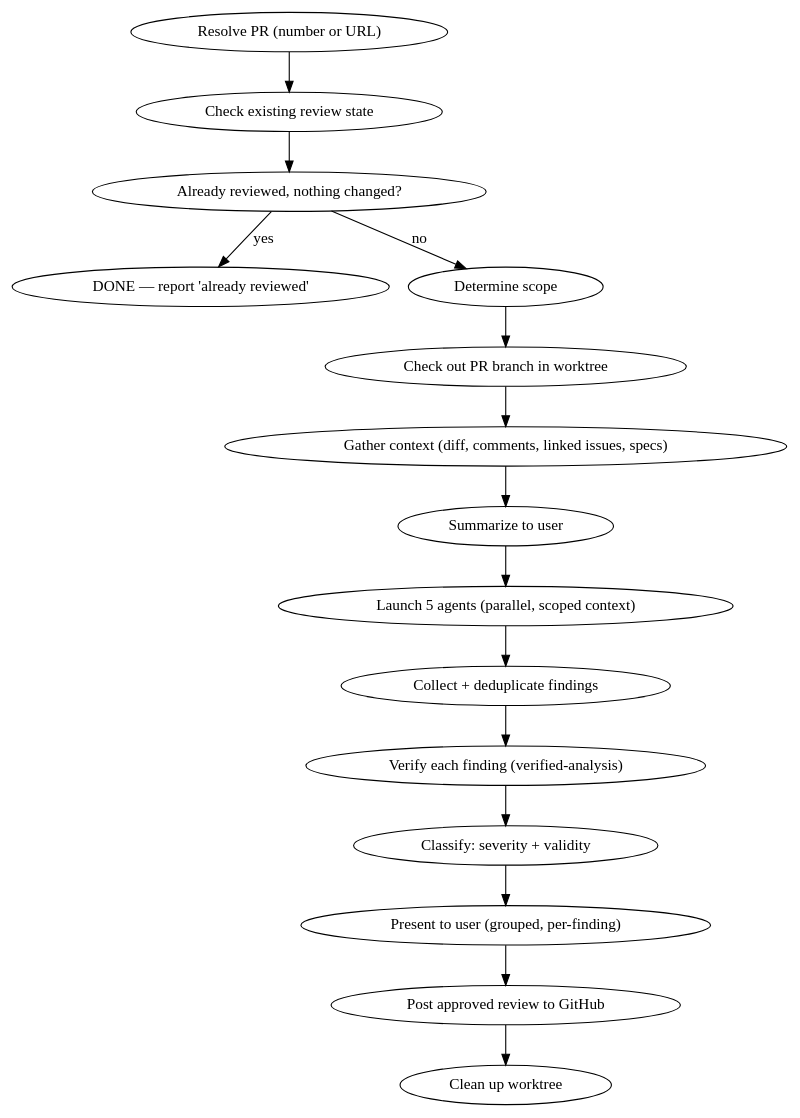
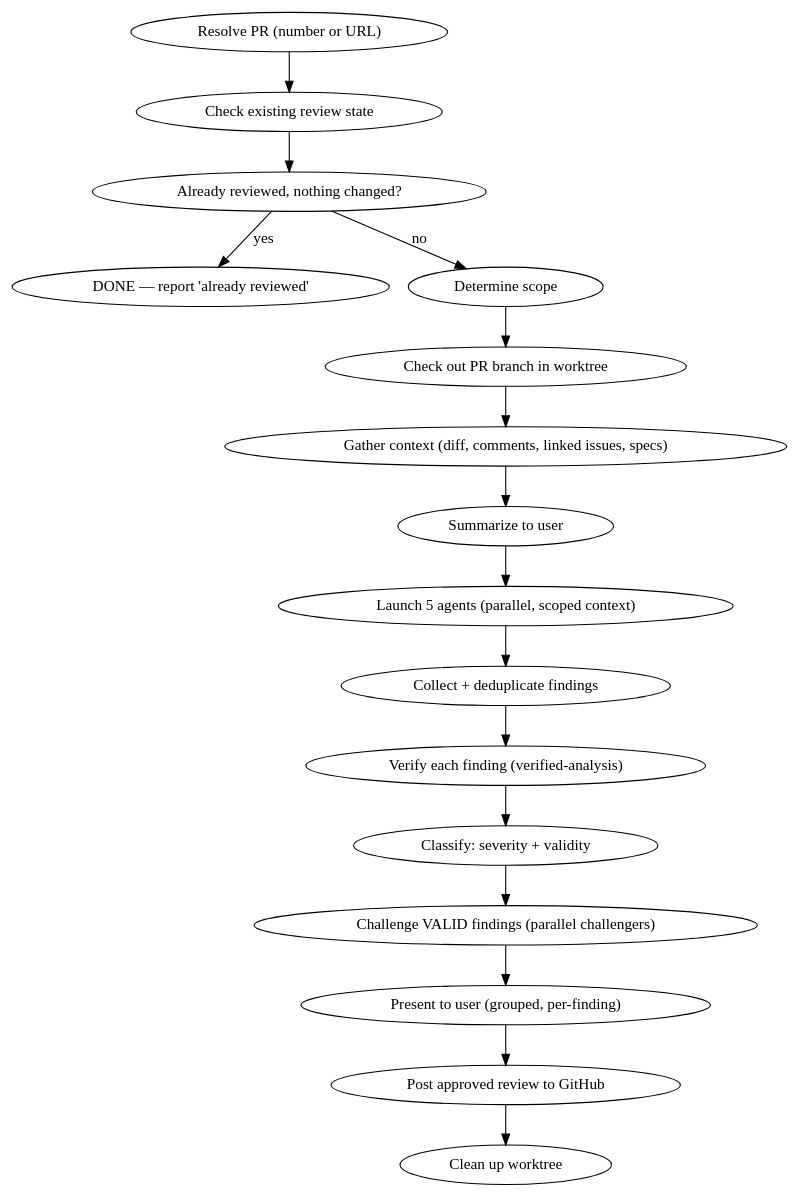
The diagram in skills/reviewing-prs/SKILL.md (srackley/claude-setup), drawn with Graphviz before and after one commit. The commit also changed other lines of this file and 1 other file, not shown here.

First line of the commit message:
feat(reviewing-prs): add adversarial challenger step for VALID findings

````diff
--- a/skills/reviewing-prs/SKILL.md
+++ b/skills/reviewing-prs/SKILL.md
@@ -22,19 +22,20 @@
 ```dot
 digraph reviewing_prs {
     rankdir=TB;
     "Resolve PR (number or URL)" -> "Check existing review state";
     "Check existing review state" -> "Already reviewed, nothing changed?" [shape=diamond];
     "Already reviewed, nothing changed?" -> "DONE — report 'already reviewed'" [label="yes"];
     "Already reviewed, nothing changed?" -> "Determine scope" [label="no"];
     "Determine scope" -> "Check out PR branch in worktree";
     "Check out PR branch in worktree" -> "Gather context (diff, comments, linked issues, specs)";
     "Gather context (diff, comments, linked issues, specs)" -> "Summarize to user";
     "Summarize to user" -> "Launch 5 agents (parallel, scoped context)";
     "Launch 5 agents (parallel, scoped context)" -> "Collect + deduplicate findings";
     "Collect + deduplicate findings" -> "Verify each finding (verified-analysis)";
     "Verify each finding (verified-analysis)" -> "Classify: severity + validity";
-    "Classify: severity + validity" -> "Present to user (grouped, per-finding)";
+    "Classify: severity + validity" -> "Challenge VALID findings (parallel challengers)";
+    "Challenge VALID findings (parallel challengers)" -> "Present to user (grouped, per-finding)";
     "Present to user (grouped, per-finding)" -> "Post approved review to GitHub";
     "Post approved review to GitHub" -> "Clean up worktree";
 }
 ```
````
